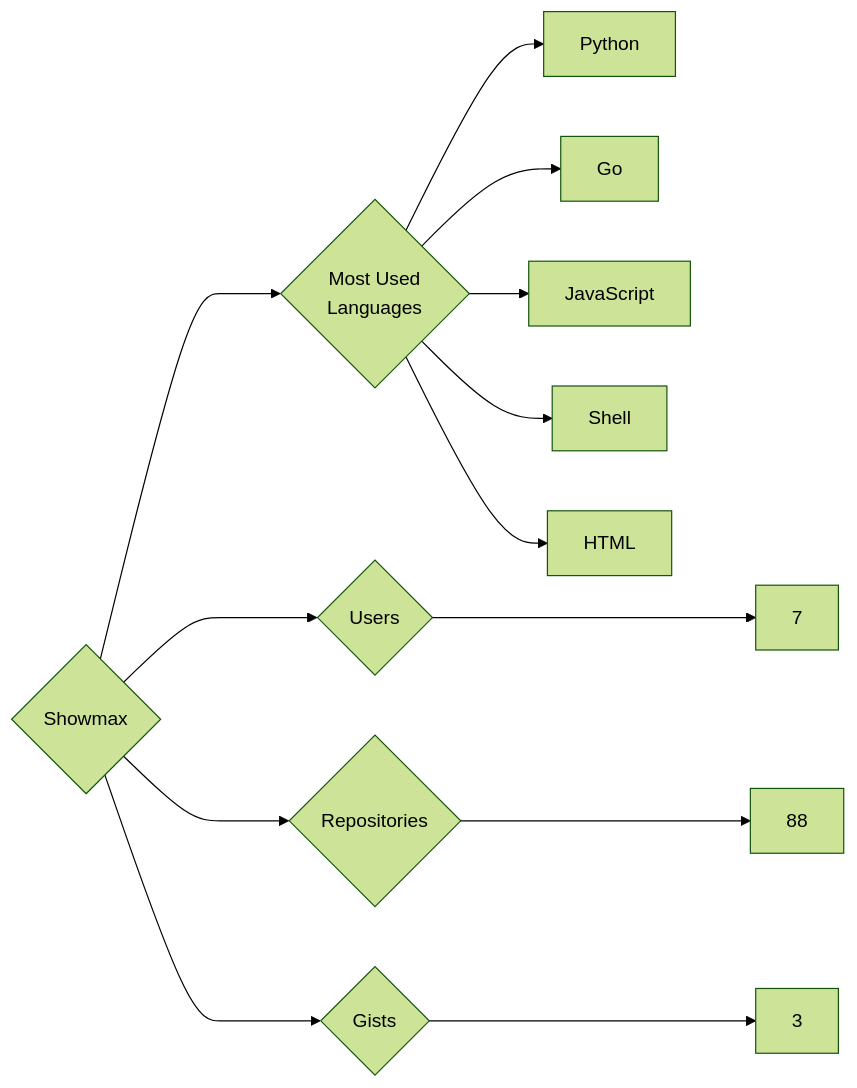
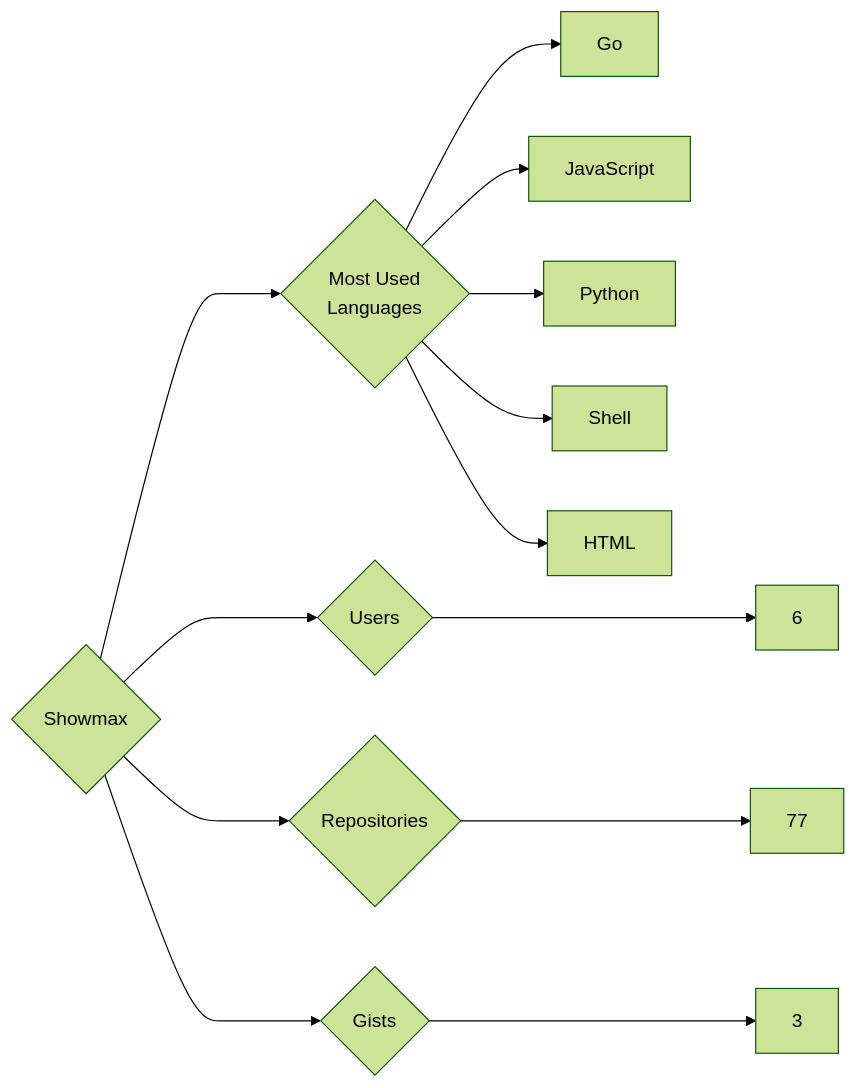
The diagram in targets/Showmax/README.md (trickest/insiders), drawn with Mermaid (forest theme) before and after one commit. The commit also changed 1508 other files, not shown here.

````diff
--- a/targets/Showmax/README.md
+++ b/targets/Showmax/README.md
@@ -3,13 +3,13 @@
 ```mermaid
 graph LR
 COMPANY_NAME{Showmax}
-COMPANY_NAME ---> U{Users} ---> UN[7]
-COMPANY_NAME ---> R{Repositories} ---> RN[88]
+COMPANY_NAME ---> U{Users} ---> UN[6]
+COMPANY_NAME ---> R{Repositories} ---> RN[77]
 COMPANY_NAME ---> G{Gists} ---> GN[3]
 COMPANY_NAME ---> ML{Most Used<br>Languages}
-ML --> Python[Python]
 ML --> Go[Go]
 ML --> JavaScript[JavaScript]
+ML --> Python[Python]
 ML --> Shell[Shell]
 ML --> HTML[HTML]
 ```
````
